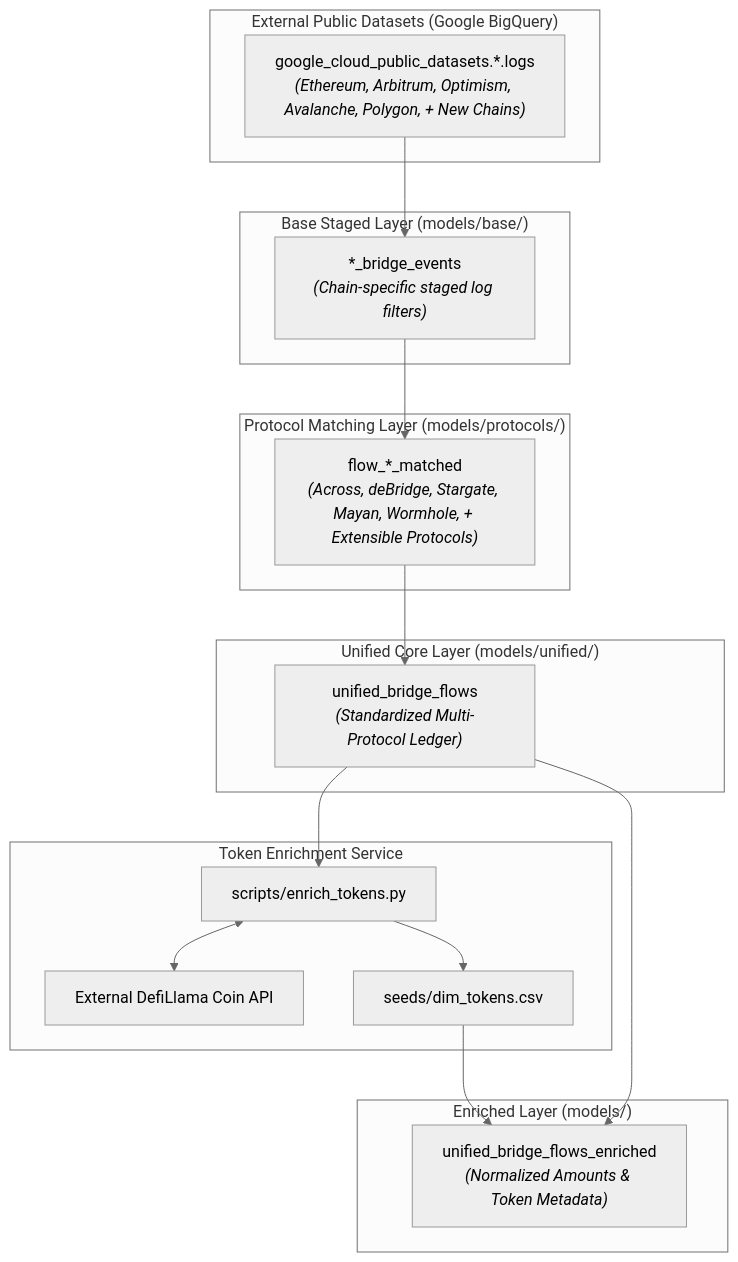
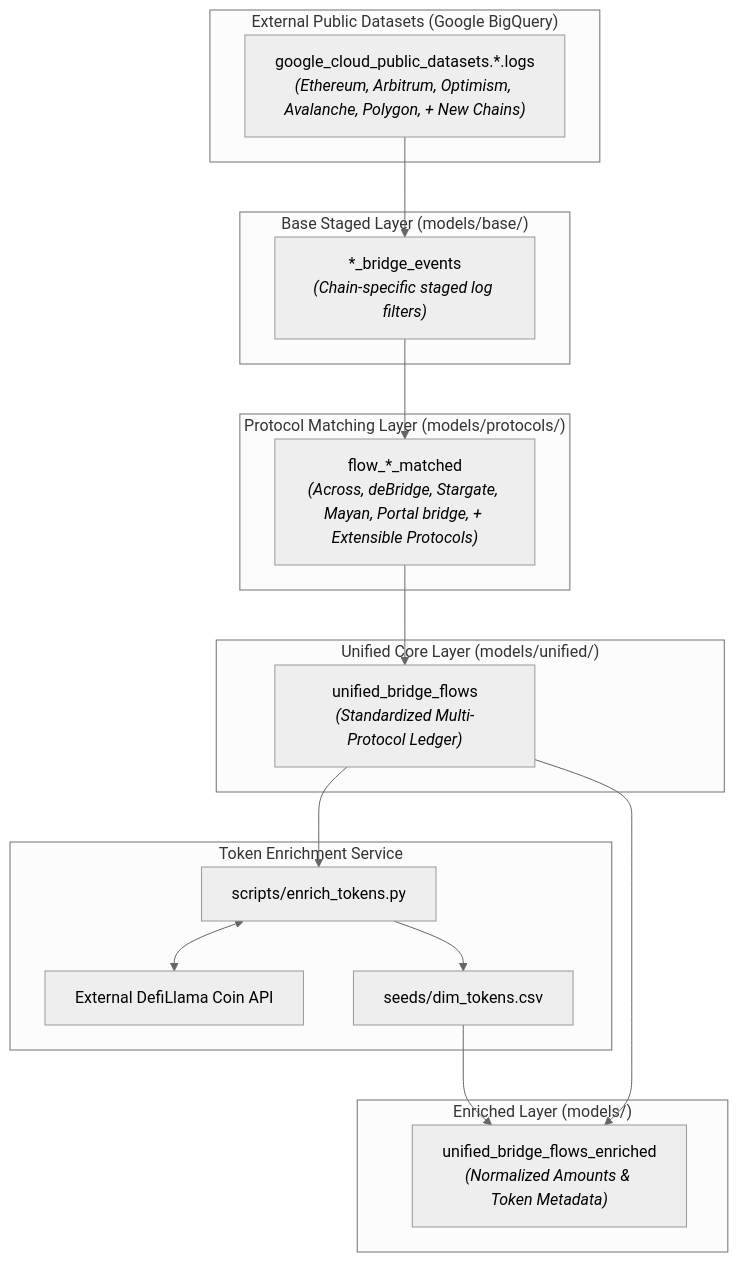
One commit to Awolowo27/cross-chain-flow changed the diagram in README.md. Above: the diagram before and after it, drawn with Mermaid (neutral theme). The commit also changed other lines of this file and 3 other files, not shown here.

````diff
--- a/README.md
+++ b/README.md
@@ -37,38 +37,38 @@
 ```mermaid
 flowchart TD
     subgraph External_Public_Datasets["External Public Datasets (Google BigQuery)"]
         RAW_LOGS["google_cloud_public_datasets.*.logs<br/><i>(Ethereum, Arbitrum, Optimism, Avalanche, Polygon, + New Chains)</i>"]
     end
 
     subgraph Base_Layer["Base Staged Layer (models/base/)"]
         BASE_MODELS["*_bridge_events<br/><i>(Chain-specific staged log filters)</i>"]
     end
 
     subgraph Protocol_Layer["Protocol Matching Layer (models/protocols/)"]
-        PROTOCOL_MODELS["flow_*_matched<br/><i>(Across, deBridge, Stargate, Mayan, Wormhole, + Extensible Protocols)</i>"]
+        PROTOCOL_MODELS["flow_*_matched<br/><i>(Across, deBridge, Stargate, Mayan, Portal bridge, + Extensible Protocols)</i>"]
     end
 
     subgraph Unified_Layer["Unified Core Layer (models/unified/)"]
         UNIFIED["unified_bridge_flows<br/><i>(Standardized Multi-Protocol Ledger)</i>"]
     end
 
     subgraph Token_Enrichment["Token Enrichment Service"]
         ENRICH_SCRIPT["scripts/enrich_tokens.py"]
         DEFILLAMA_API["External DefiLlama Coin API"]
         SEED_CSV["seeds/dim_tokens.csv"]
     end
 
     subgraph Enriched_Layer["Enriched Layer (models/)"]
         ENRICHED["unified_bridge_flows_enriched<br/><i>(Normalized Amounts & Token Metadata)</i>"]
     end
 
     RAW_LOGS --> BASE_MODELS
     BASE_MODELS --> PROTOCOL_MODELS
     PROTOCOL_MODELS --> UNIFIED
 
     UNIFIED --> ENRICH_SCRIPT
     ENRICH_SCRIPT <--> DEFILLAMA_API
     ENRICH_SCRIPT --> SEED_CSV
     SEED_CSV --> ENRICHED
     UNIFIED --> ENRICHED
 ```
````
